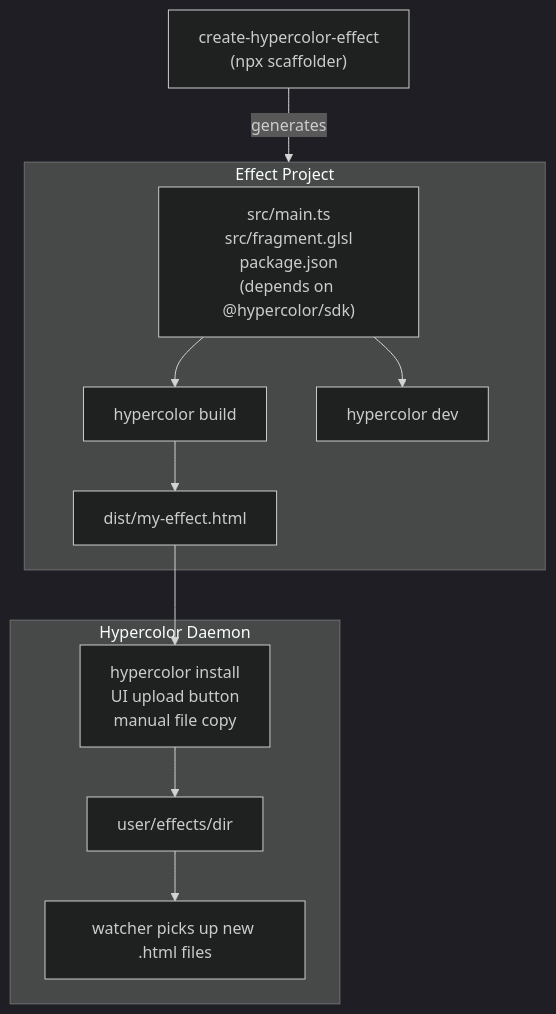
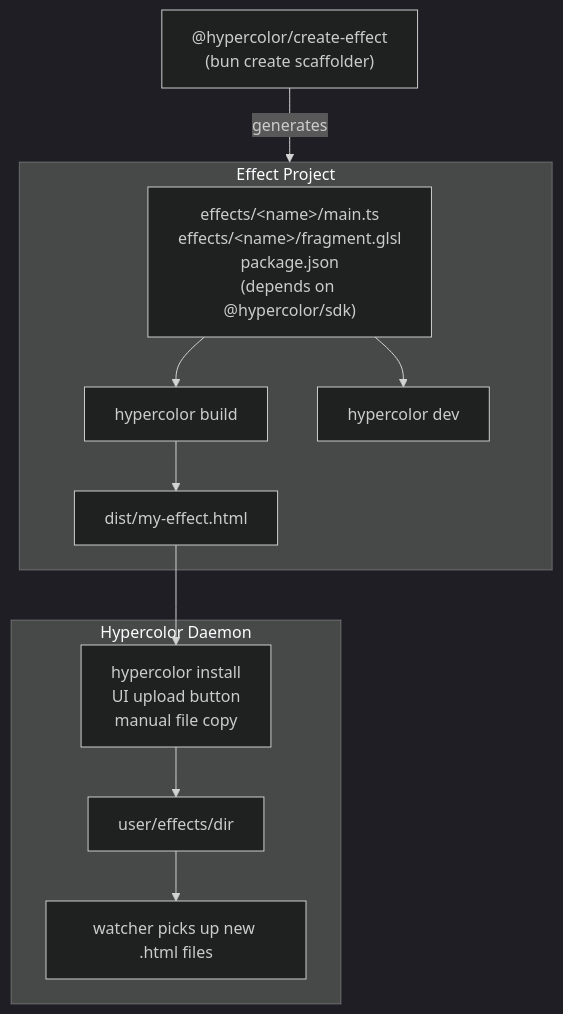
Before and after one commit to hyperb1iss/hypercolor: the diagram in docs/specs/31-effect-developer-experience.md, drawn with Mermaid (dark theme). The commit also changed other lines of this file and 1 other file, not shown here.

First line of the commit message:
docs(specs): update SDK specs 21 and 31 for Bun-native tooling and multi-effect workspaces

````diff
--- a/docs/specs/31-effect-developer-experience.md
+++ b/docs/specs/31-effect-developer-experience.md
@@ -65,26 +94,26 @@
 ```mermaid
 graph TD
-    Scaffold["create-hypercolor-effect<br/>(npx scaffolder)"]
+    Scaffold["@hypercolor/create-effect<br/>(bun create scaffolder)"]
 
     subgraph Project["Effect Project"]
-        Sources["src/main.ts<br/>src/fragment.glsl<br/>package.json<br/>(depends on @hypercolor/sdk)"]
+        Sources["effects/&lt;name&gt;/main.ts<br/>effects/&lt;name&gt;/fragment.glsl<br/>package.json<br/>(depends on @hypercolor/sdk)"]
         Build["hypercolor build"]
         Dev["hypercolor dev"]
         Dist["dist/my-effect.html"]
 
         Sources --> Build --> Dist
         Sources --> Dev
     end
 
     subgraph Daemon["Hypercolor Daemon"]
         Install["hypercolor install<br/>UI upload button<br/>manual file copy"]
         UserDir["user/effects/dir"]
         Watcher["watcher picks up new .html files"]
 
         Install --> UserDir
         UserDir --> Watcher
     end
 
     Scaffold -->|generates| Project
     Dist --> Install
 ```
````
